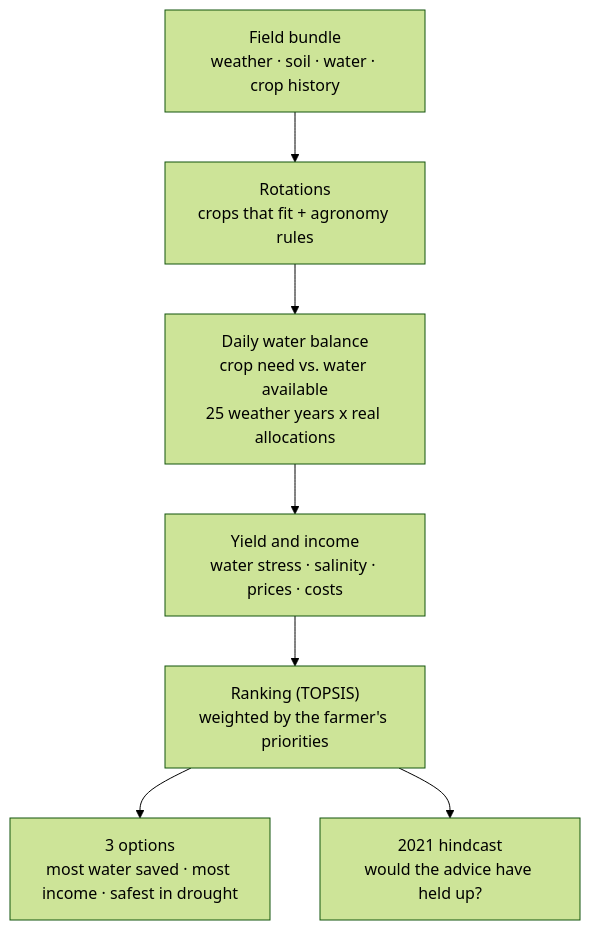
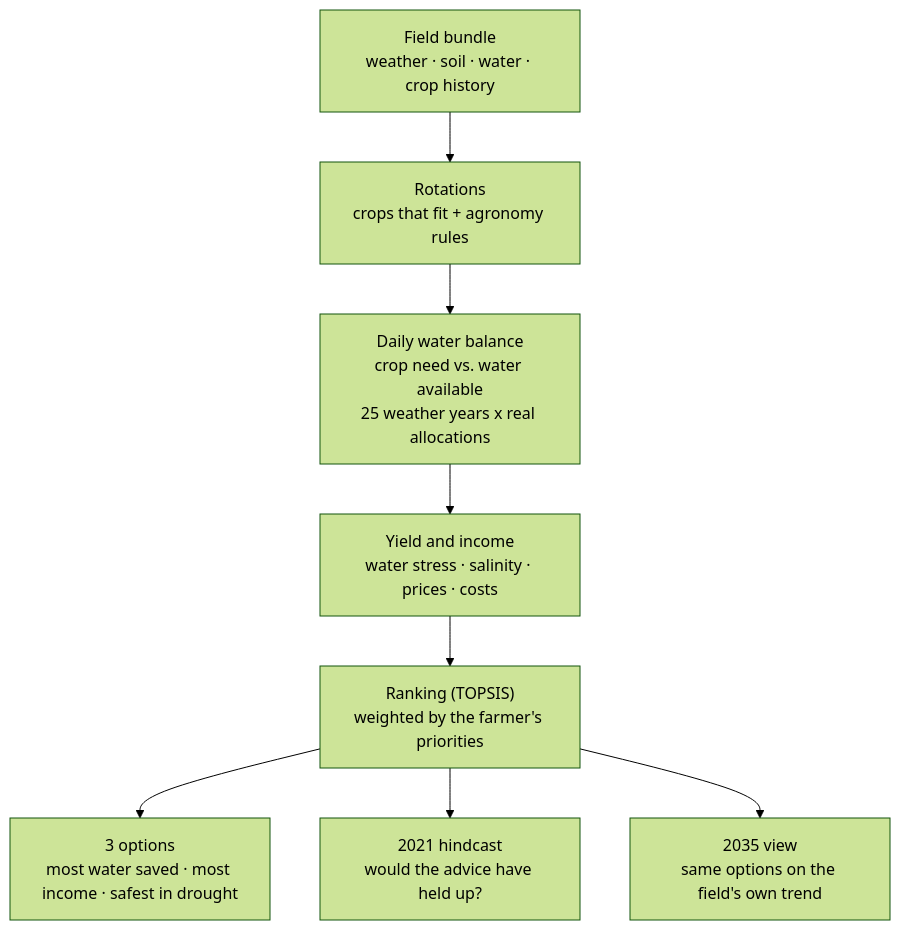
Before and after one commit to rs9459-dot/nasa-space-app-challenge: the second of 2 diagrams in README.md, drawn with Mermaid (forest theme). The commit also changed other lines of this file, not shown here.

Commit message:
README: 2035 climate view and Tiger Data

````diff
--- a/README.md
+++ b/README.md
@@ -73,9 +73,10 @@
 ```mermaid
 flowchart TD
     B["Field bundle<br/>weather · soil · water · crop history"] --> R["Rotations<br/>crops that fit + agronomy rules"]
     R --> WB["Daily water balance<br/>crop need vs. water available<br/>25 weather years x real allocations"]
     WB --> Y["Yield and income<br/>water stress · salinity · prices · costs"]
     Y --> K["Ranking (TOPSIS)<br/>weighted by the farmer's priorities"]
     K --> O["3 options<br/>most water saved · most income · safest in drought"]
     K --> H["2021 hindcast<br/>would the advice have held up?"]
+    K --> C["2035 view<br/>same options on the field's own trend"]
 ```
````
